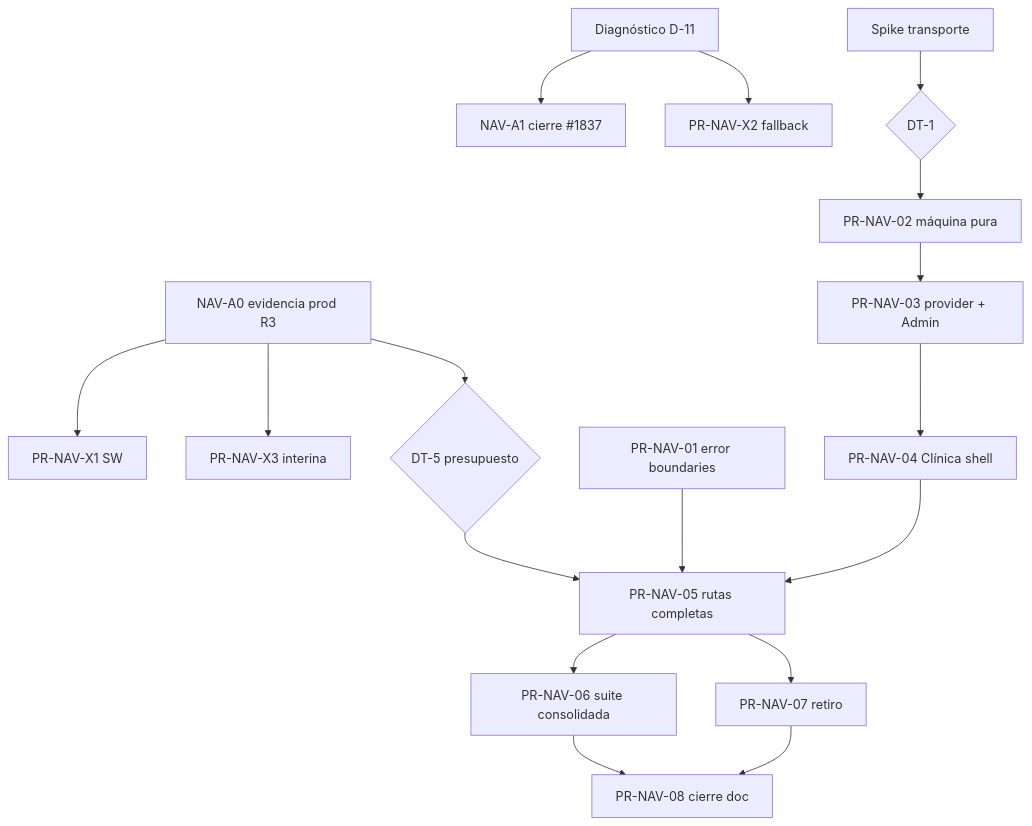
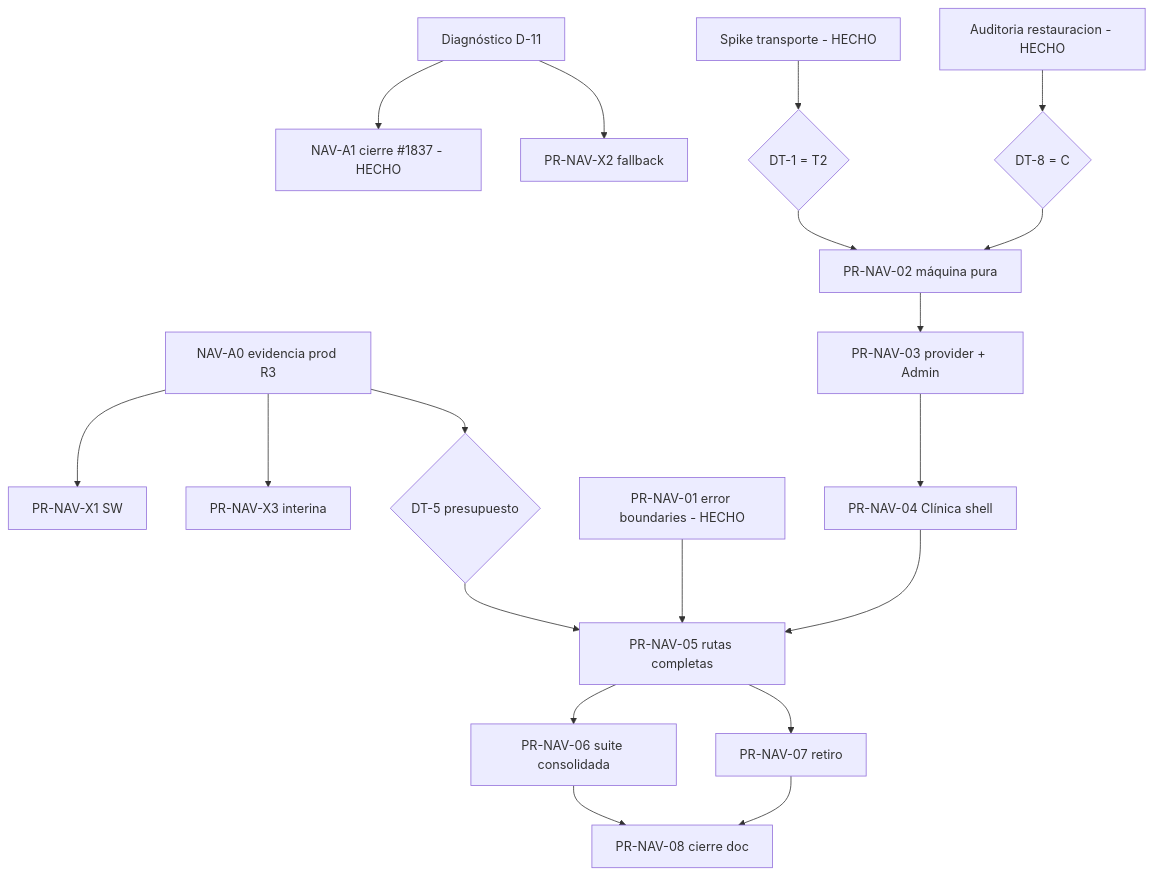
One commit to LABVETNEB/PORTAL-VETNEB changed the fourth of 4 diagrams in docs/audit/AUDITORIA_ARQUITECTURA_NAVEGACION_FSM_HOJA_DE_RUTA.md. Above: the diagram before and after it, drawn with Mermaid. The commit also changed other lines of this file, not shown here.

First line of the commit message:
docs(audit): record T2 navigation decisions in the FSM roadmap (#1840)

````diff
--- a/docs/audit/AUDITORIA_ARQUITECTURA_NAVEGACION_FSM_HOJA_DE_RUTA.md
+++ b/docs/audit/AUDITORIA_ARQUITECTURA_NAVEGACION_FSM_HOJA_DE_RUTA.md
@@ -977,21 +1306,23 @@
 ```mermaid
 flowchart TD
   A0[NAV-A0 evidencia prod R3] --> X1[PR-NAV-X1 SW]
   A0 --> X3[PR-NAV-X3 interina]
   A0 --> DT5{DT-5 presupuesto}
-  A1[NAV-A1 cierre #1837]
+  A1[NAV-A1 cierre #1837 - HECHO]
   D11[Diagnóstico D-11] --> A1
   D11 --> X2[PR-NAV-X2 fallback]
-  N01[PR-NAV-01 error boundaries]
-  SP[Spike transporte] --> DT1{DT-1}
+  N01[PR-NAV-01 error boundaries - HECHO]
+  SP[Spike transporte - HECHO] --> DT1{DT-1 = T2}
+  RS[Auditoria restauracion - HECHO] --> DT8{DT-8 = C}
   DT1 --> N02[PR-NAV-02 máquina pura]
+  DT8 --> N02
   N02 --> N03[PR-NAV-03 provider + Admin]
   N03 --> N04[PR-NAV-04 Clínica shell]
   N04 --> N05[PR-NAV-05 rutas completas]
   DT5 --> N05
   N01 --> N05
   N05 --> N06[PR-NAV-06 suite consolidada]
   N05 --> N07[PR-NAV-07 retiro]
   N06 --> N08[PR-NAV-08 cierre doc]
   N07 --> N08
 ```
````
